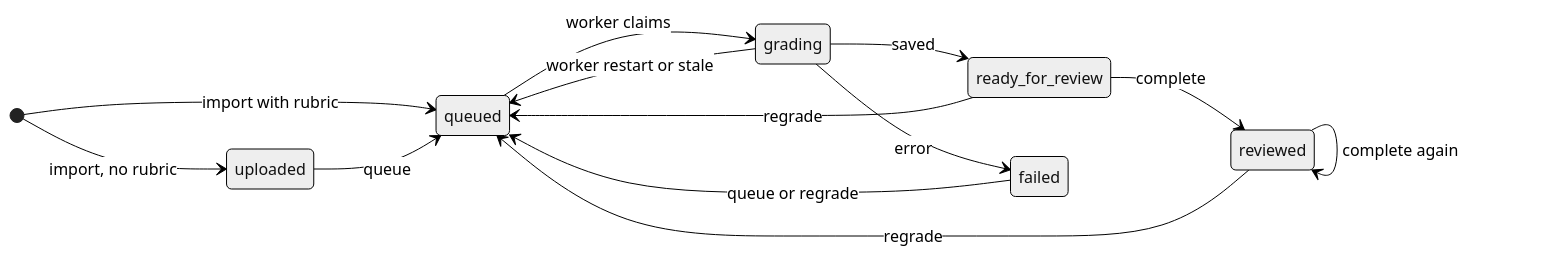
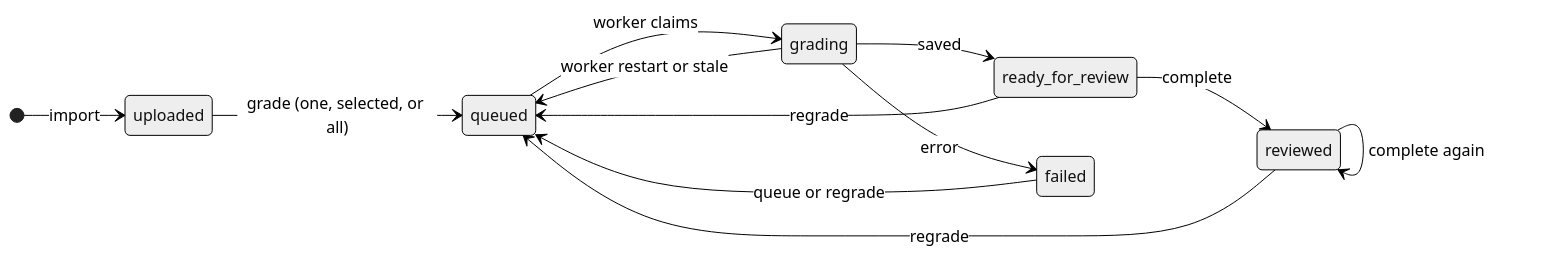
Before and after one commit to achintya-labs/AIPaperCorrection: the second of 11 diagrams in docs/workflows.md, drawn with Mermaid (neutral theme). The commit also changed other lines of this file and 15 other files, not shown here.

````diff
--- a/docs/workflows.md
+++ b/docs/workflows.md
@@ -77,18 +78,17 @@
 ```mermaid
 stateDiagram-v2
     direction LR
-    [*] --> queued: import with rubric
-    [*] --> uploaded: import, no rubric
+    [*] --> uploaded: import
 
-    uploaded --> queued: queue
+    uploaded --> queued: grade (one, selected, or all)
     queued --> grading: worker claims
     grading --> ready_for_review: saved
     grading --> failed: error
     grading --> queued: worker restart or stale
     failed --> queued: queue or regrade
 
     ready_for_review --> reviewed: complete
     reviewed --> reviewed: complete again
     ready_for_review --> queued: regrade
     reviewed --> queued: regrade
 ```
````
